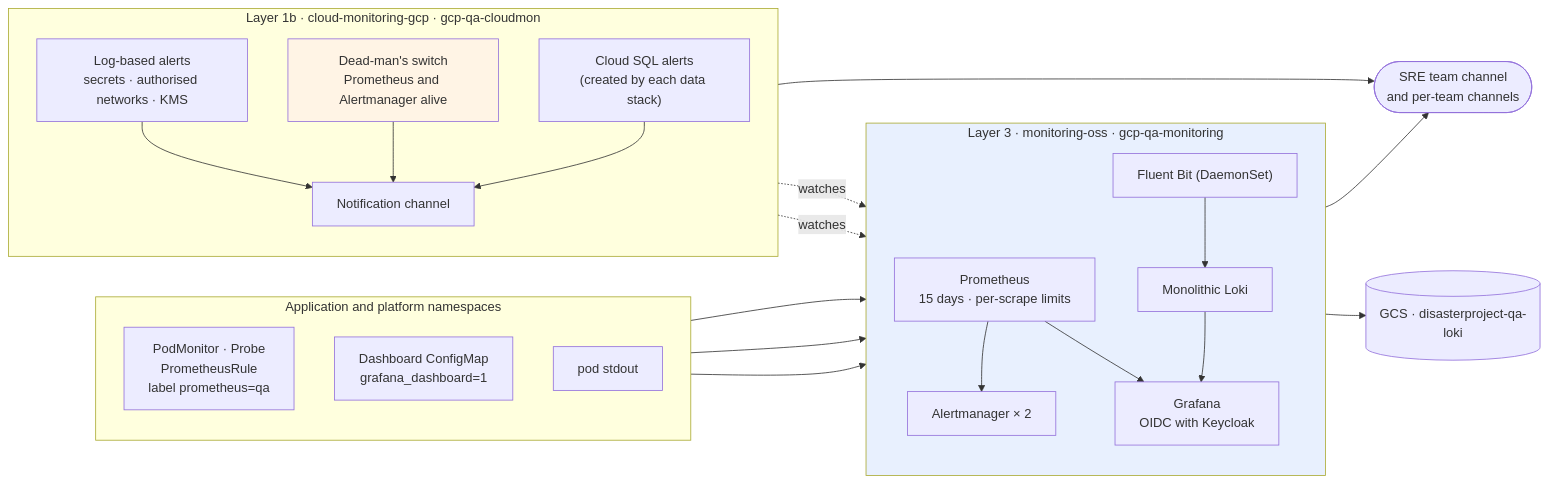
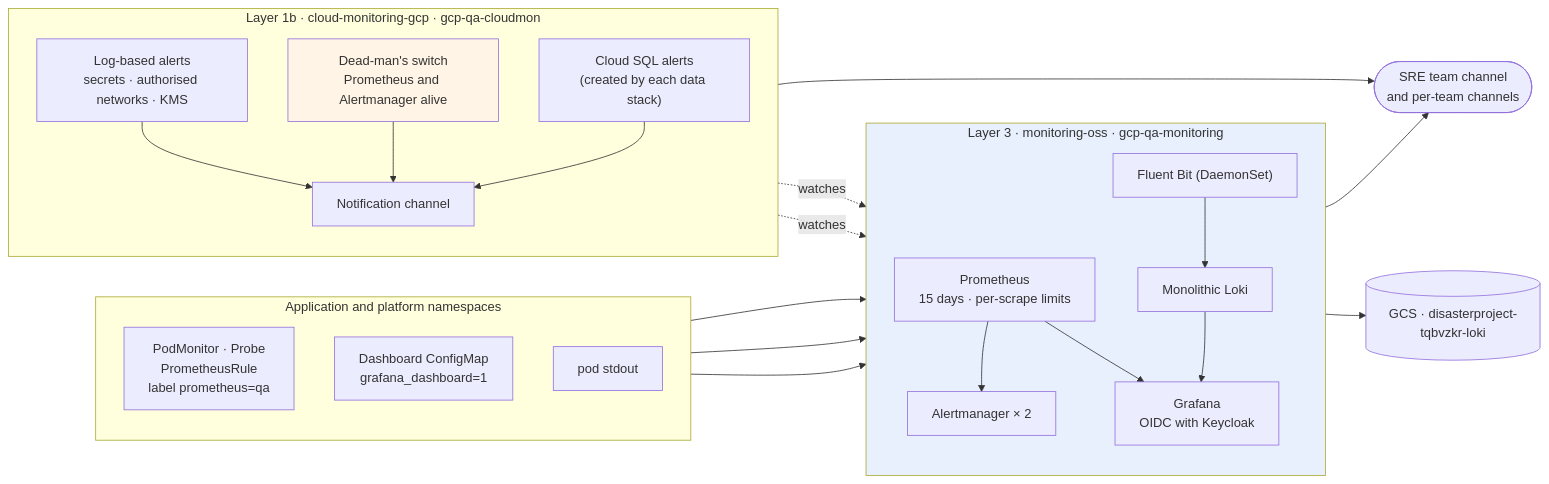
One commit to aescanero/proposal_documents changed the diagram in docs/en/proposals/monitoring-qa/diagrams/01-contexto.mmd. Above: the diagram before and after it, drawn with Mermaid. The commit also changed 142 other files, not shown here.

```diff
--- a/docs/en/proposals/monitoring-qa/diagrams/01-contexto.mmd
+++ b/docs/en/proposals/monitoring-qa/diagrams/01-contexto.mmd
@@ -1,46 +1,46 @@
 flowchart LR
     subgraph TEN["Application and platform namespaces"]
         direction TB
         PM["PodMonitor · Probe<br/>PrometheusRule<br/>label prometheus=qa"]
         DB["Dashboard ConfigMap<br/>grafana_dashboard=1"]
         STD["pod stdout"]
     end
 
     subgraph L3["Layer 3 · monitoring-oss · gcp-qa-monitoring"]
         direction TB
         PROM["Prometheus<br/>15 days · per-scrape limits"]
         AM["Alertmanager × 2"]
         LOKI["Monolithic Loki"]
         GF["Grafana<br/>OIDC with Keycloak"]
         FB["Fluent Bit (DaemonSet)"]
         PROM --> AM
         FB --> LOKI
         PROM --> GF
         LOKI --> GF
     end
 
     subgraph L1B["Layer 1b · cloud-monitoring-gcp · gcp-qa-cloudmon"]
         direction TB
         LBA["Log-based alerts<br/>secrets · authorised networks · KMS"]
         DMS["Dead-man's switch<br/>Prometheus and Alertmanager alive"]
         CSA["Cloud SQL alerts<br/>(created by each data stack)"]
         NC["Notification channel"]
         LBA --> NC
         DMS --> NC
         CSA --> NC
     end
 
-    GCS[("GCS · disasterproject-qa-loki")]
+    GCS[("GCS · disasterproject-tqbvzkr-loki")]
     SRE(["SRE team channel<br/>and per-team channels"])
 
     PM --> PROM
     DB --> GF
     STD --> FB
     LOKI --> GCS
     AM --> SRE
     NC --> SRE
     DMS -. "watches" .-> PROM
     DMS -. "watches" .-> AM
 
     style L3 fill:#e8f0fe
     style DMS fill:#fff4e5
```
